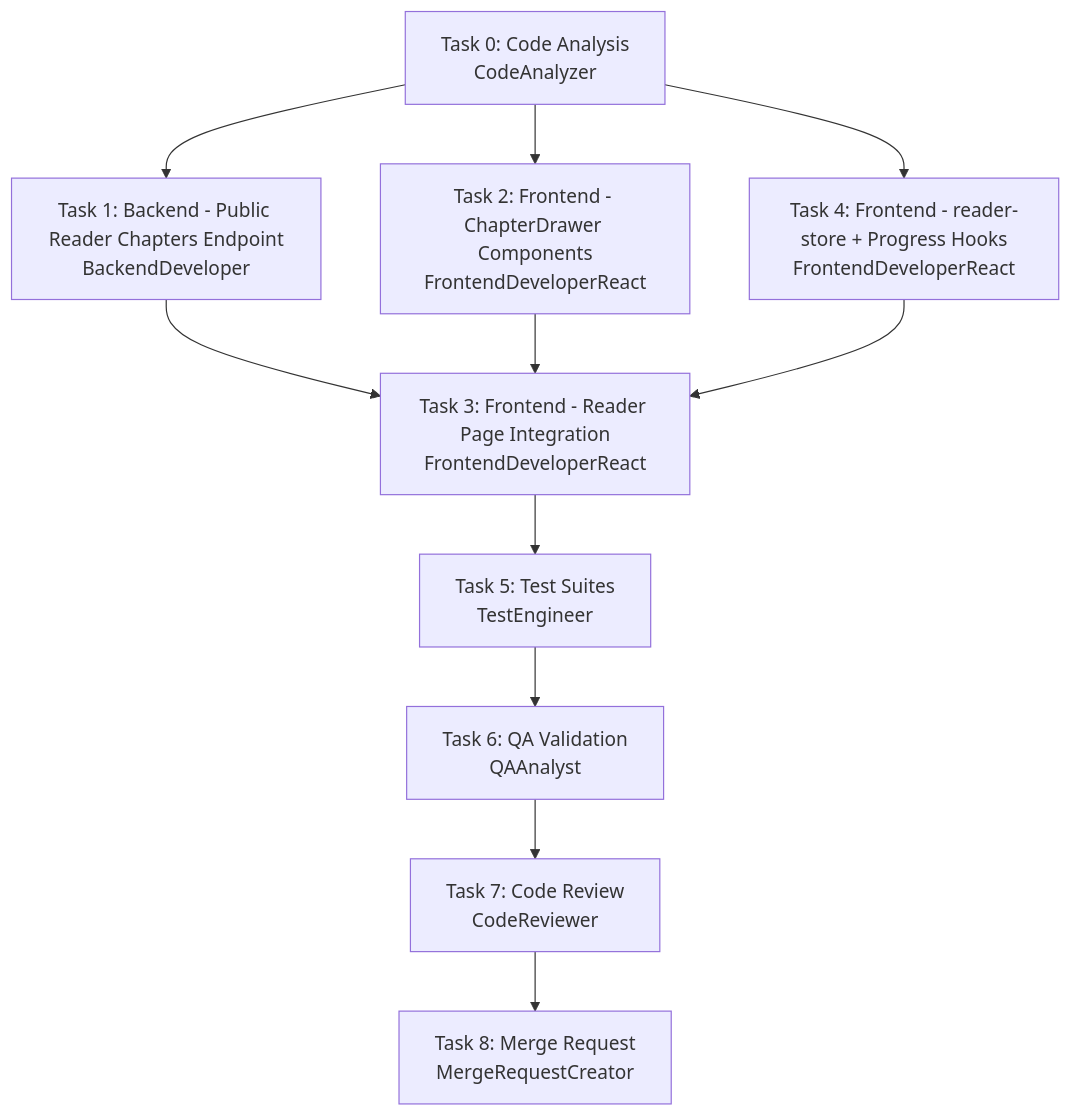
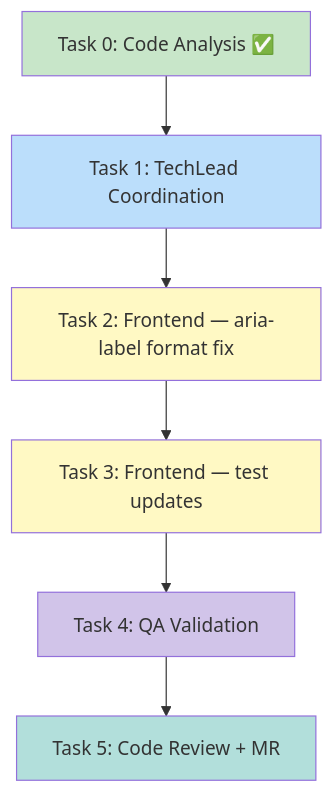
One commit to dgofreitas/Contopia changed the second of 2 diagrams in docs/stories/STORY-034-technical-analysis.md. Above: the diagram before and after it, drawn with Mermaid. The commit also changed other lines of this file and 20 other files, not shown here.

Commit message:
fix(ChapterDrawerItem): AC4 aria-label format with chapter number

````diff
--- a/docs/stories/STORY-034-technical-analysis.md
+++ b/docs/stories/STORY-034-technical-analysis.md
@@ -323,13 +223,15 @@
 ```mermaid
 flowchart TD
-    T0[Task 0: Code Analysis<br/>CodeAnalyzer] --> T1[Task 1: Backend - Public Reader Chapters Endpoint<br/>BackendDeveloper]
-    T0 --> T2[Task 2: Frontend - ChapterDrawer Components<br/>FrontendDeveloperReact]
-    T1 --> T3[Task 3: Frontend - Reader Page Integration<br/>FrontendDeveloperReact]
-    T2 --> T3
-    T0 --> T4[Task 4: Frontend - reader-store + Progress Hooks<br/>FrontendDeveloperReact]
-    T4 --> T3
-    T3 --> T5[Task 5: Test Suites<br/>TestEngineer]
-    T5 --> T6[Task 6: QA Validation<br/>QAAnalyst]
-    T6 --> T7[Task 7: Code Review<br/>CodeReviewer]
-    T7 --> T8[Task 8: Merge Request<br/>MergeRequestCreator]
+    T0[Task 0: Code Analysis ✅] --> T1[Task 1: TechLead Coordination]
+    T1 --> T2[Task 2: Frontend — aria-label format fix]
+    T2 --> T3[Task 3: Frontend — test updates]
+    T3 --> T4[Task 4: QA Validation]
+    T4 --> T5[Task 5: Code Review + MR]
+
+    style T0 fill:#c8e6c9
+    style T1 fill:#bbdefb
+    style T2 fill:#fff9c4
+    style T3 fill:#fff9c4
+    style T4 fill:#d1c4e9
+    style T5 fill:#b2dfdb
 ```
````
